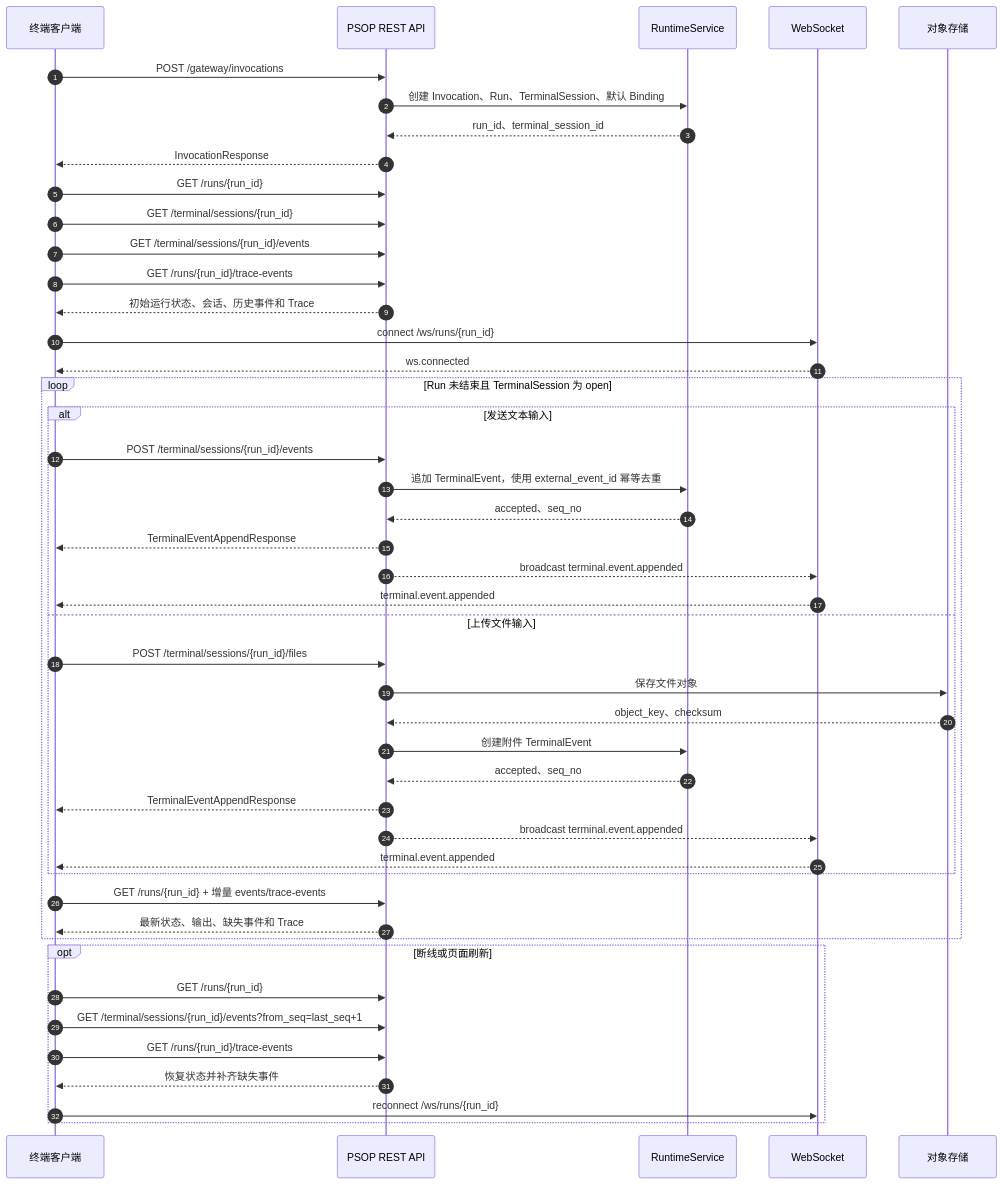
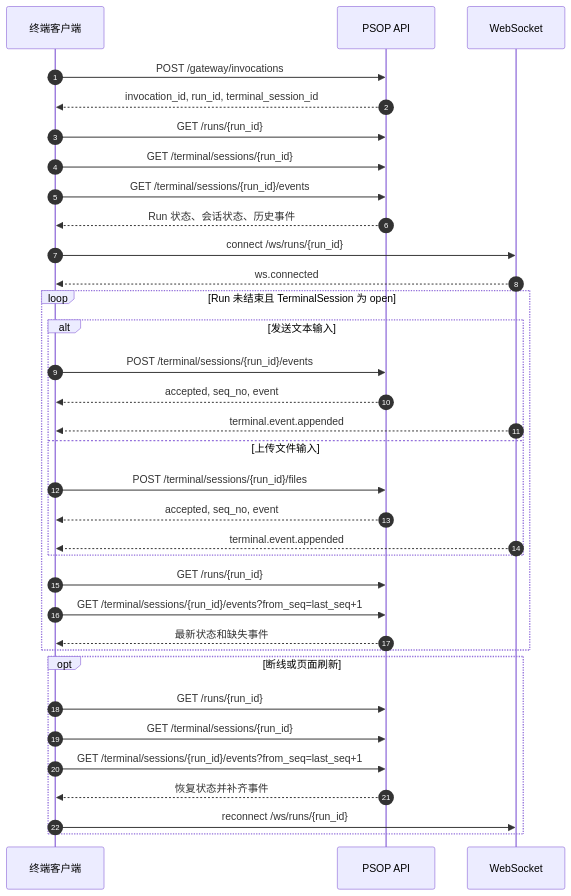
The diagram in docs/PSOP终端接入说明v1.md (servforce/psop), drawn with Mermaid before and after one commit. The commit also changed other lines of this file, not shown here.

Commit message:
docs: clarify terminal integration API examples

````diff
--- a/docs/PSOP终端接入说明v1.md
+++ b/docs/PSOP终端接入说明v1.md
@@ -49,53 +98,41 @@
 ```mermaid
 sequenceDiagram
     autonumber
     participant T as 终端客户端
-    participant API as PSOP REST API
-    participant RT as RuntimeService
+    participant API as PSOP API
     participant WS as WebSocket
-    participant OBJ as 对象存储
 
     T->>API: POST /gateway/invocations
-    API->>RT: 创建 Invocation、Run、TerminalSession、默认 Binding
-    RT-->>API: run_id、terminal_session_id
-    API-->>T: InvocationResponse
+    API-->>T: invocation_id, run_id, terminal_session_id
 
     T->>API: GET /runs/{run_id}
     T->>API: GET /terminal/sessions/{run_id}
     T->>API: GET /terminal/sessions/{run_id}/events
-    T->>API: GET /runs/{run_id}/trace-events
-    API-->>T: 初始运行状态、会话、历史事件和 Trace
+    API-->>T: Run 状态、会话状态、历史事件
 
     T->>WS: connect /ws/runs/{run_id}
     WS-->>T: ws.connected
 
     loop Run 未结束且 TerminalSession 为 open
         alt 发送文本输入
             T->>API: POST /terminal/sessions/{run_id}/events
-            API->>RT: 追加 TerminalEvent，使用 external_event_id 幂等去重
-            RT-->>API: accepted、seq_no
-            API-->>T: TerminalEventAppendResponse
-            API-->>WS: broadcast terminal.event.appended
+            API-->>T: accepted, seq_no, event
             WS-->>T: terminal.event.appended
         else 上传文件输入
             T->>API: POST /terminal/sessions/{run_id}/files
-            API->>OBJ: 保存文件对象
-            OBJ-->>API: object_key、checksum
-            API->>RT: 创建附件 TerminalEvent
-            RT-->>API: accepted、seq_no
-            API-->>T: TerminalEventAppendResponse
-            API-->>WS: broadcast terminal.event.appended
+            API-->>T: accepted, seq_no, event
             WS-->>T: terminal.event.appended
         end
-        T->>API: GET /runs/{run_id} + 增量 events/trace-events
-        API-->>T: 最新状态、输出、缺失事件和 Trace
+        T->>API: GET /runs/{run_id}
+        T->>API: GET /terminal/sessions/{run_id}/events?from_seq=last_seq+1
+        API-->>T: 最新状态和缺失事件
     end
 
     opt 断线或页面刷新
         T->>API: GET /runs/{run_id}
+        T->>API: GET /terminal/sessions/{run_id}
         T->>API: GET /terminal/sessions/{run_id}/events?from_seq=last_seq+1
-        T->>API: GET /runs/{run_id}/trace-events
-        API-->>T: 恢复状态并补齐缺失事件
+        API-->>T: 恢复状态并补齐事件
         T->>WS: reconnect /ws/runs/{run_id}
     end
 ```
````
